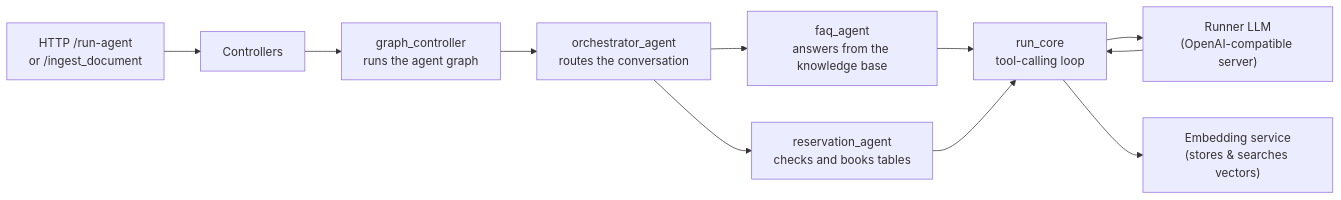
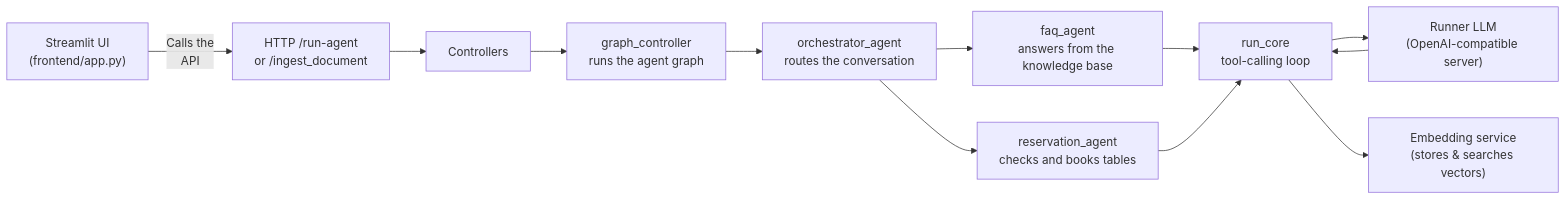
One commit to DyepLucban/restaurant-ai-agent changed the diagram in README.md. Above: the diagram before and after it, drawn with Mermaid. The commit also changed other lines of this file and 12 other files, not shown here.

````diff
--- a/README.md
+++ b/README.md
@@ -43,13 +48,14 @@
 ```mermaid
 flowchart LR
     A["HTTP /run-agent\nor /ingest_document"] --> C["Controllers"]
+    S["Streamlit UI\n(frontend/app.py)"] -->|" Calls the\nAPI "| A
     C --> D["graph_controller\nruns the agent graph"]
     D --> E["orchestrator_agent\nroutes the conversation"]
     E --> F["faq_agent\nanswers from the knowledge base"]
     E --> G["reservation_agent\nchecks and books tables"]
     F --> H["run_core\ntool-calling loop"]
     G --> H
     H --> I["Runner LLM\n(OpenAI-compatible server)"]
     H --> R["Embedding service\n(stores & searches vectors)"]
     I --> H
 ```
````
